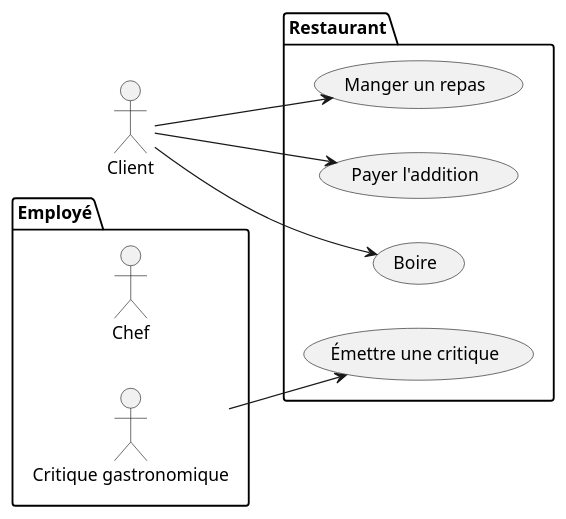
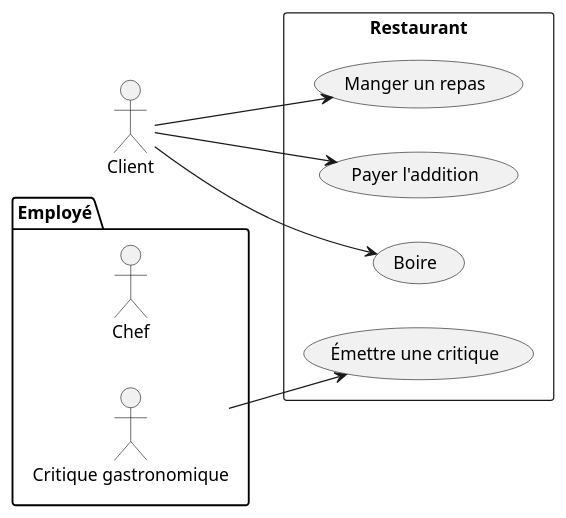
Before and after one commit to gigl-uml/Guide_uml_polymtl: the diagram in plant_uml/restoExemple.plantuml, drawn with PlantUML. The commit also changed 4 other files, not shown here.

```diff
--- a/plant_uml/restoExemple.plantuml
+++ b/plant_uml/restoExemple.plantuml
@@ -1,18 +1,18 @@
 @startuml
 left to right direction
 actor Client as g
-package Employé {
+Package Employé {
   actor Chef as c
   actor "Critique gastronomique" as fc
 }
-package Restaurant {
+Rectangle Restaurant {
   usecase "Manger un repas" as UC1
   usecase "Payer l'addition" as UC2
   usecase "Boire" as UC3
   usecase "Émettre une critique" as UC4
 }
 fc --> UC4
 g --> UC1
 g --> UC2
 g --> UC3
 @enduml
```
